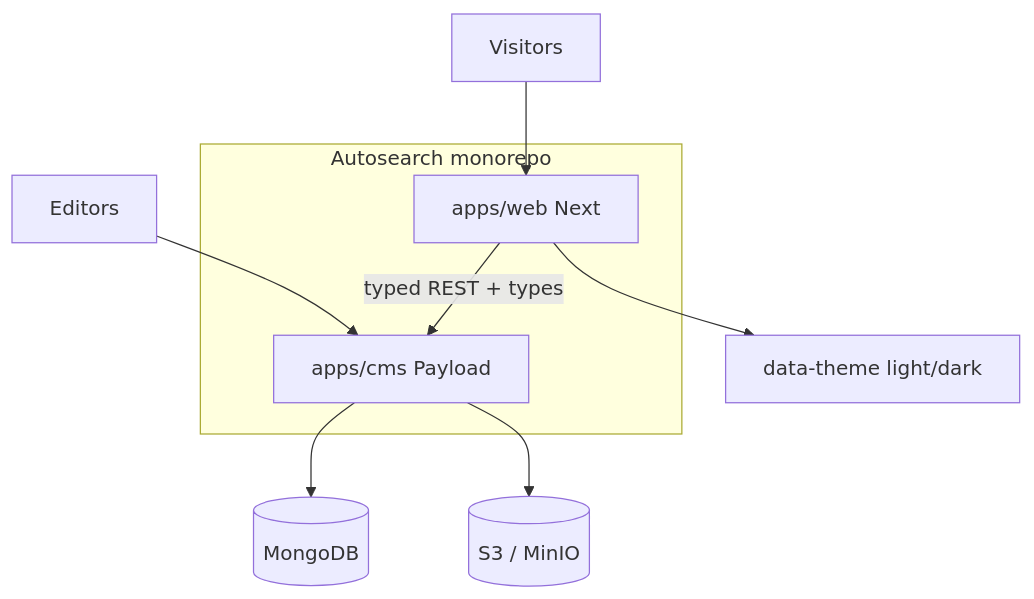
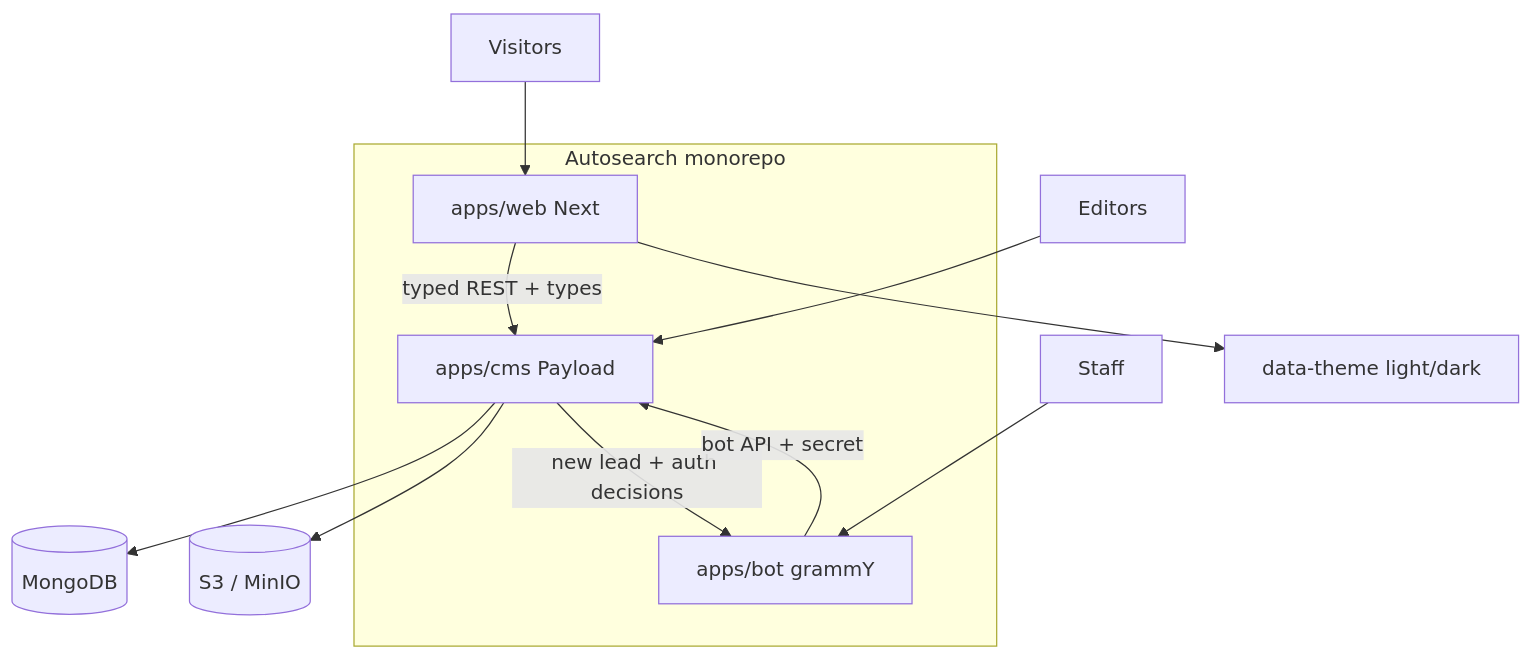
The diagram in specs/README.md (asservicekhm-dev/vehicle-importation), drawn with Mermaid before and after one commit. The commit also changed other lines of this file and 6 other files, not shown here.

````diff
--- a/specs/README.md
+++ b/specs/README.md
@@ -22,13 +22,17 @@
 ```mermaid
 flowchart TB
   subgraph monorepo [Autosearch monorepo]
     CMS[apps/cms Payload]
     Web[apps/web Next]
+    Bot[apps/bot grammY]
   end
   Editor[Editors] --> CMS
   CMS --> Mongo[(MongoDB)]
   CMS --> S3[(S3 / MinIO)]
   Web -->|typed REST + types| CMS
   Users[Visitors] --> Web
   Web --> Theme[data-theme light/dark]
+  CMS -->|new lead + auth decisions| Bot
+  Bot -->|bot API + secret| CMS
+  Operators[Staff] --> Bot
 ```
````
